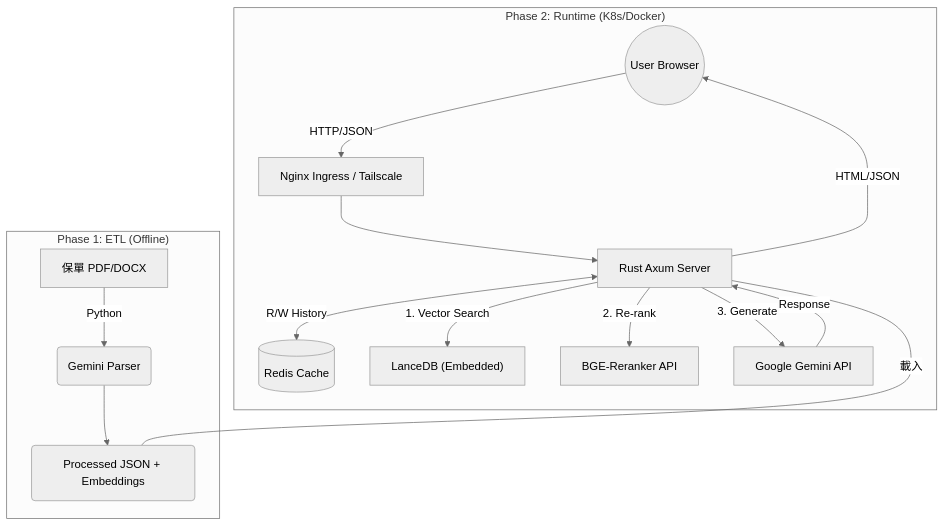
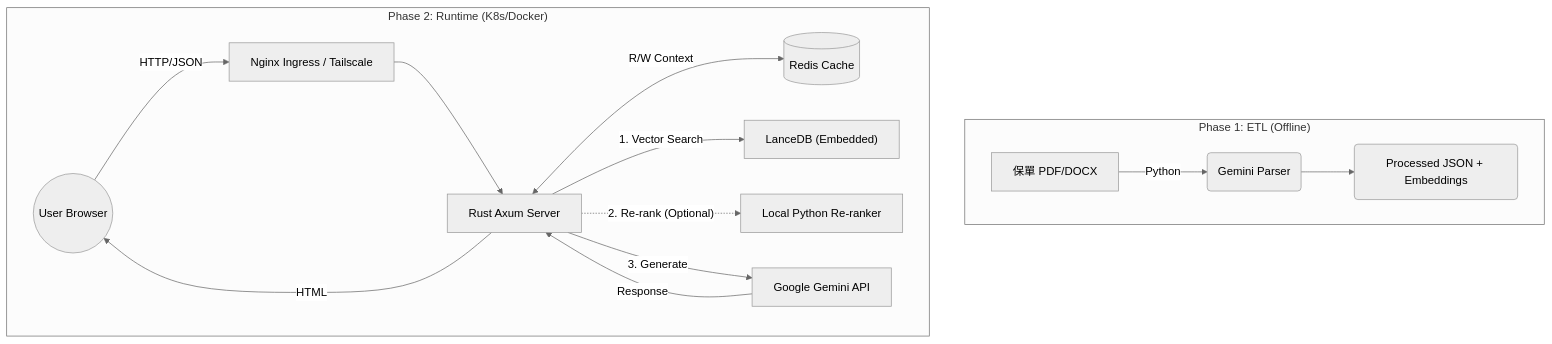
One commit to bhchou/insur-rag changed the diagram in README.md. Above: the diagram before and after it, drawn with Mermaid (neutral theme). The commit also changed other lines of this file, not shown here.

````diff
--- a/README.md
+++ b/README.md
@@ -39,22 +43,22 @@
 ```mermaid
 graph TD
     subgraph "Phase 1: ETL (Offline)"
         A["保單 PDF/DOCX"] -->|Python| B("Gemini Parser")
         B --> F("Processed JSON + Embeddings")
     end
 
     subgraph "Phase 2: Runtime (K8s/Docker)"
         User((User Browser)) -->|HTTP/JSON| LB["Nginx Ingress / Tailscale"]
         LB --> Web["Rust Axum Server"]
         
-        Web <---|載入| F
-        Web <-->|R/W History| Redis[("Redis Cache")]
+        Web <-->|R/W Context| Redis[("Redis Cache")]
+        Web -->|1. Vector Search| Lance["LanceDB (Embedded)"]
         
-        Web -->|1. Vector Search| Lance["LanceDB (Embedded)"]
-        Web -->|2. Re-rank| Rerank["BGE-Reranker API"]
+        %% Optional Path
+        Web -.->|"2. Re-rank (Optional)" | Rerank["Local Python Re-ranker"]
+        
         Web -->|3. Generate| Gemini["Google Gemini API"]
-        
         Gemini -->|Response| Web
-        Web -->|HTML/JSON| User
+        Web -->|HTML| User
     end
 ```
````
